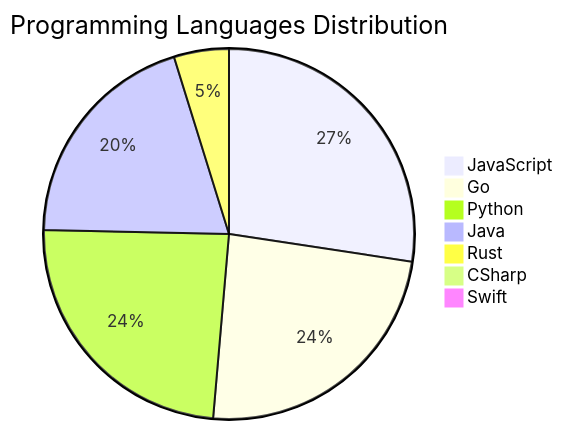
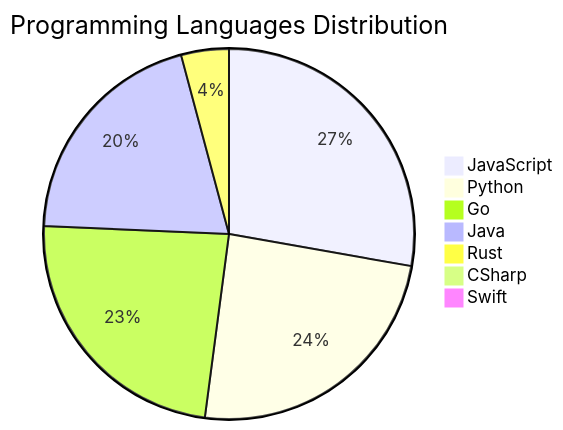
One commit to Derrick-MUGISHA/github-activity-bot changed the diagram in README.md. Above: the diagram before and after it, drawn with Mermaid. The commit also changed other lines of this file and 4 other files, not shown here.

````diff
--- a/README.md
+++ b/README.md
@@ -207,10 +207,10 @@
 ```mermaid
 pie title Programming Languages Distribution
     "JavaScript" : 40
-    "Go" : 35
     "Python" : 35
+    "Go" : 34
     "Java" : 29
-    "Rust" : 7
+    "Rust" : 6
     "CSharp" : 1
     "Swift" : 1
 ```
````
